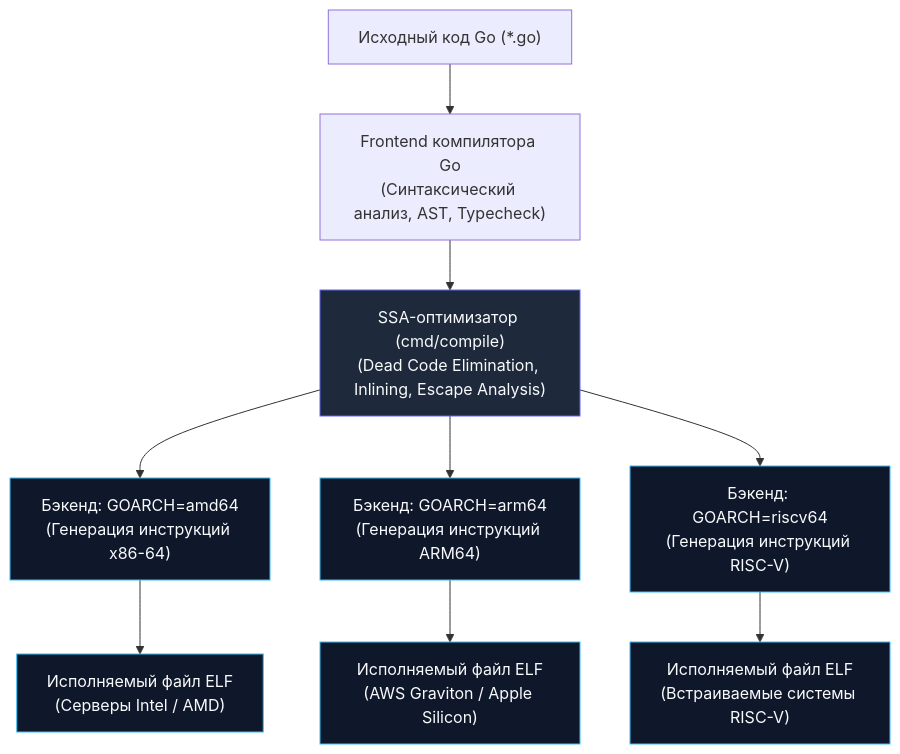
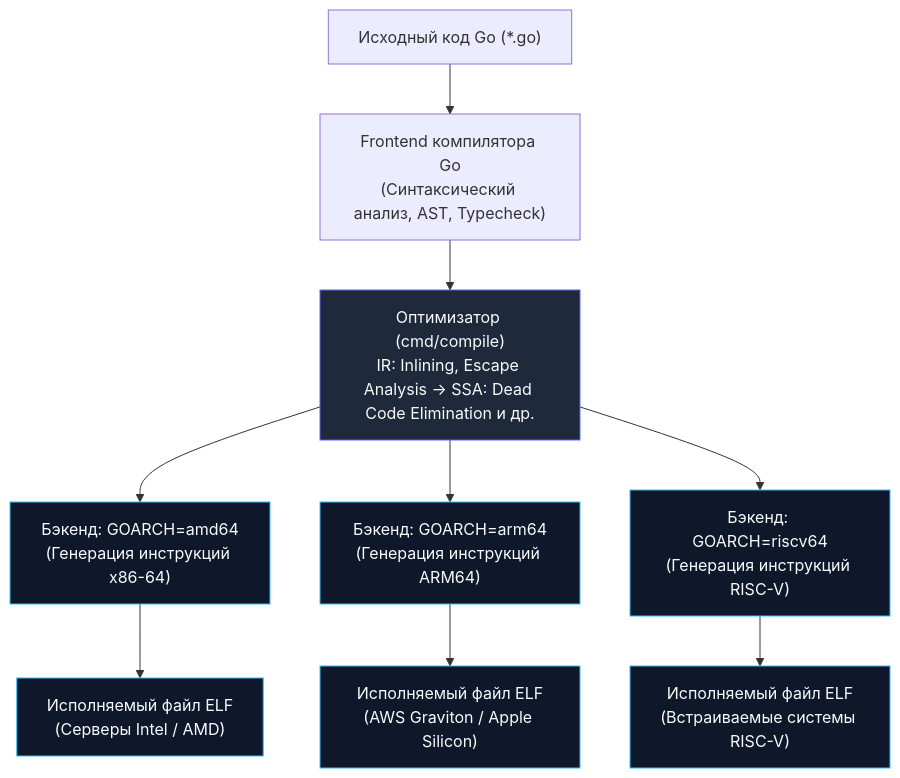
One commit to UnrealTemplier/go-textbook-ru changed the third of 3 diagrams in sources/1. Архитектура компьютера/8. ISA. Интерфейс между железом и софтом.md. Above: the diagram before and after it, drawn with Mermaid. The commit also changed other lines of this file and 40 other files, not shown here.

````diff
--- a/sources/1. Архитектура компьютера/8. ISA. Интерфейс между железом и софтом.md
+++ b/sources/1. Архитектура компьютера/8. ISA. Интерфейс между железом и софтом.md
@@ -126,18 +126,18 @@
 ```mermaid
 flowchart TD
     GoSource["Исходный код Go (*.go)"] --> Front["Frontend компилятора Go<br>(Синтаксический анализ, AST, Typecheck)"]
-    Front --> SSA["SSA-оптимизатор (cmd/compile)<br>(Dead Code Elimination, Inlining, Escape Analysis)"]
+    Front --> SSA["Оптимизатор (cmd/compile)<br>IR: Inlining, Escape Analysis → SSA: Dead Code Elimination и др."]
     
     SSA --> BackendAMD["Бэкенд: GOARCH=amd64<br>(Генерация инструкций x86-64)"]
     SSA --> BackendARM["Бэкенд: GOARCH=arm64<br>(Генерация инструкций ARM64)"]
     SSA --> BackendRISC["Бэкенд: GOARCH=riscv64<br>(Генерация инструкций RISC-V)"]
 
     BackendAMD --> ELF_AMD["Исполняемый файл ELF<br>(Серверы Intel / AMD)"]
     BackendARM --> ELF_ARM["Исполняемый файл ELF<br>(AWS Graviton / Apple Silicon)"]
     BackendRISC --> ELF_RISC["Исполняемый файл ELF<br>(Встраиваемые системы RISC-V)"]
 
     classDef ssa fill:#1e293b,stroke:#6366f1,stroke-width:1px,color:#f8fafc;
     classDef arch fill:#0f172a,stroke:#38bdf8,stroke-width:1px,color:#f8fafc;
     class SSA ssa;
     class BackendAMD,BackendARM,BackendRISC,ELF_AMD,ELF_ARM,ELF_RISC arch;
 ```
````
